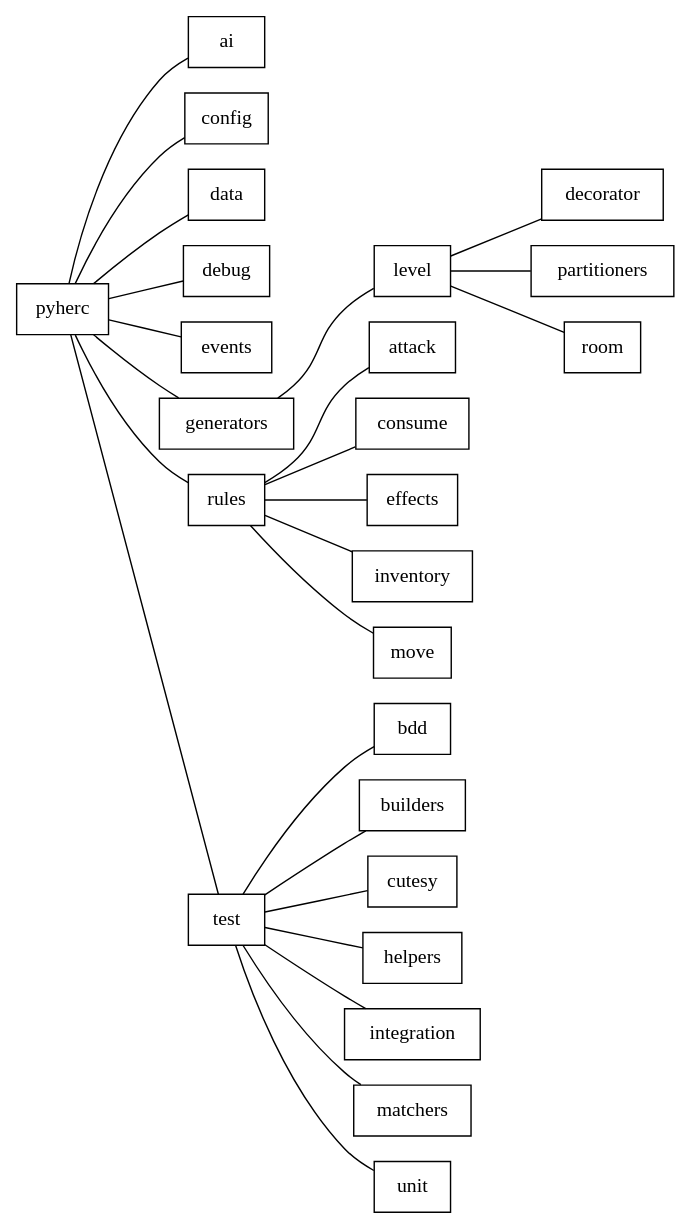
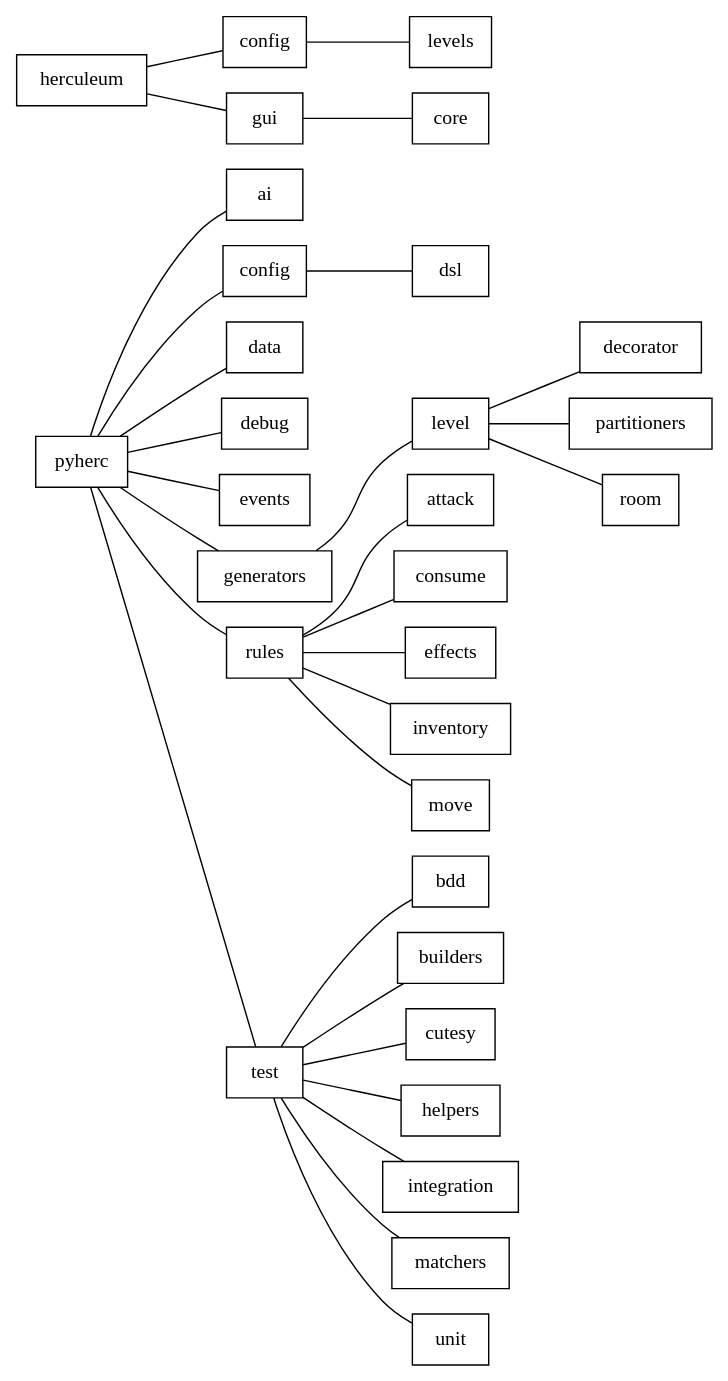
Before and after one commit to tuturto/pyherc: the diagram in doc/api/source/module_descriptions.rst, drawn with Graphviz. The commit also changed other lines of this file and 4 other files, not shown here.

```diff
--- a/doc/api/source/module_descriptions.rst
+++ b/doc/api/source/module_descriptions.rst
@@ -6,53 +6,63 @@
 .. graphviz:: 
 
     digraph hierarchy {        
         rankdir=LR
         node[shape=box]
         edge[dir=forward, arrowtail=empty, arrowhead=none]
         pyherc
         ai
         config
+        config_dsl[label="dsl"]
         data
         debug
         events
         generators
         generators_level[label="level"]
         generators_level_decorator[label="decorator"]
         generators_level_partitioners[label="partitioners"]
         generators_level_room[label="room"]
         rules
         rules_attack[label="attack"]
         rules_consume[label="consume"]
         rules_effects[label="effects"]
         rules_inventory[label="inventory"]
         rules_move[label="move"]
         test
         test_bdd[label="bdd"]
         test_builders[label="builders"]
         test_cutesy[label="cutesy"]
         test_helpers[label="helpers"]
         test_integration[label="integration"]
         test_matchers[label="matchers"]
         test_unit[label="unit"]
 
+        herculeum
+        herculeum_config[label="config"]
+        herculeum_config_levels[label="levels"]
+        herculeum_gui[label="gui"]
+        herculeum_gui_core[label="core"]
+        
         pyherc->ai
-        pyherc->config
+        pyherc->config->config_dsl
         pyherc->data
         pyherc->debug
         pyherc->events
         pyherc->generators->generators_level->generators_level_decorator
         generators_level->generators_level_partitioners
         generators_level->generators_level_room
         pyherc->rules->rules_attack
         rules->rules_consume
         rules->rules_effects
         rules->rules_inventory
         rules->rules_move
         pyherc->test->test_bdd
         test->test_builders
         test->test_cutesy
         test->test_helpers
         test->test_integration
         test->test_matchers
         test->test_unit
+        
+        herculeum->herculeum_config->herculeum_config_levels
+        herculeum->herculeum_gui->herculeum_gui_core
     }
```
